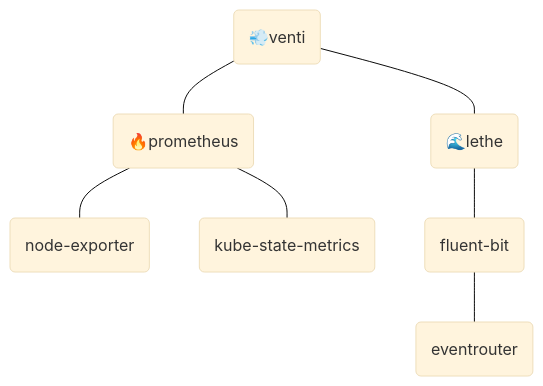
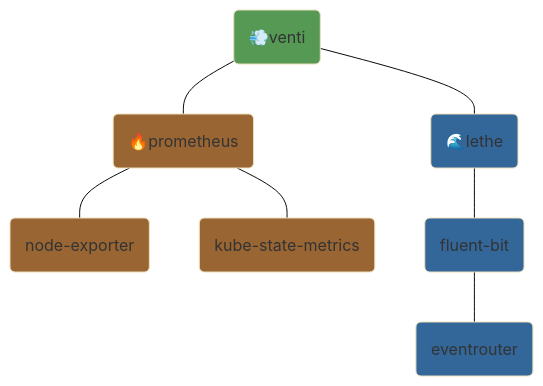
One commit to kuoss/helm-charts changed the diagram in docs/README.md. Above: the diagram before and after it, drawn with Mermaid (base theme).

````diff
--- a/docs/README.md
+++ b/docs/README.md
@@ -15,9 +15,14 @@
 ```mermaid
 graph TD
-    A("💨venti") --- B("🔥prometheus")
-    A --- C("🌊lethe")
-    B --- D("node-exporter")
-    B --- E("kube-state-metrics")
-    C --- F("fluent-bit")
-    F --- G("eventrouter")
+    Venti("💨venti") --- Prometheus("🔥prometheus") --- NodeExporter("node-exporter")
+    Prometheus --- KubeStateMetrics("kube-state-metrics")
+    Venti --- Lethe("🌊lethe") --- FluentBit("fluent-bit") --- Eventrouter("eventrouter")
+
+    classDef visual fill:#595;
+    classDef metric fill:#963;
+    classDef log fill:#369;
+    
+    class Venti visual
+    class Prometheus,NodeExporter,KubeStateMetrics metric
+    class Lethe,FluentBit,Eventrouter log
 ```
````
